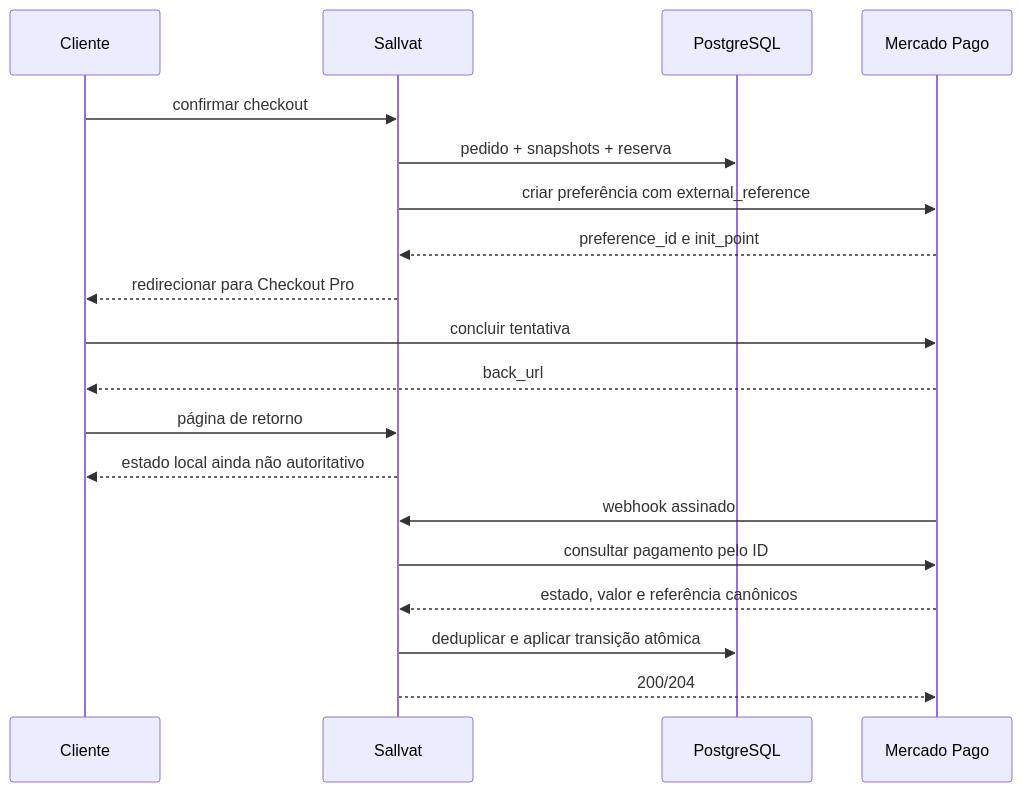
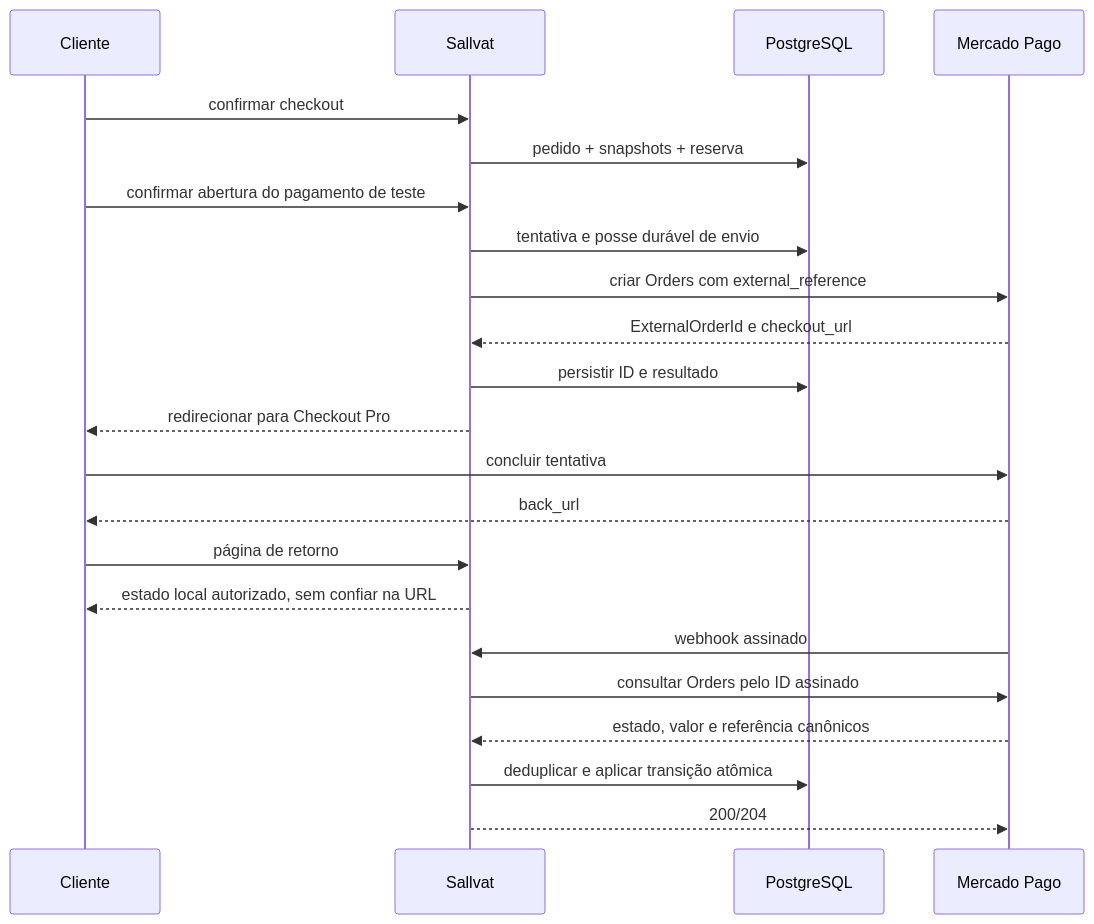
One commit to DiogoJP202/Sallvatco changed the diagram in docs/PAYMENTS.md. Above: the diagram before and after it, drawn with Mermaid. The commit also changed other lines of this file and 25 other files, not shown here.

````diff
--- a/docs/PAYMENTS.md
+++ b/docs/PAYMENTS.md
@@ -257,21 +259,24 @@
 ```mermaid
 sequenceDiagram
     participant C as Cliente
     participant S as Sallvat
     participant DB as PostgreSQL
     participant MP as Mercado Pago
     C->>S: confirmar checkout
     S->>DB: pedido + snapshots + reserva
-    S->>MP: criar preferência com external_reference
-    MP-->>S: preference_id e init_point
+    C->>S: confirmar abertura do pagamento de teste
+    S->>DB: tentativa e posse durável de envio
+    S->>MP: criar Orders com external_reference
+    MP-->>S: ExternalOrderId e checkout_url
+    S->>DB: persistir ID e resultado
     S-->>C: redirecionar para Checkout Pro
     C->>MP: concluir tentativa
     MP-->>C: back_url
     C->>S: página de retorno
-    S-->>C: estado local ainda não autoritativo
+    S-->>C: estado local autorizado, sem confiar na URL
     MP->>S: webhook assinado
-    S->>MP: consultar pagamento pelo ID
+    S->>MP: consultar Orders pelo ID assinado
     MP-->>S: estado, valor e referência canônicos
     S->>DB: deduplicar e aplicar transição atômica
     S-->>MP: 200/204
 ```
````
